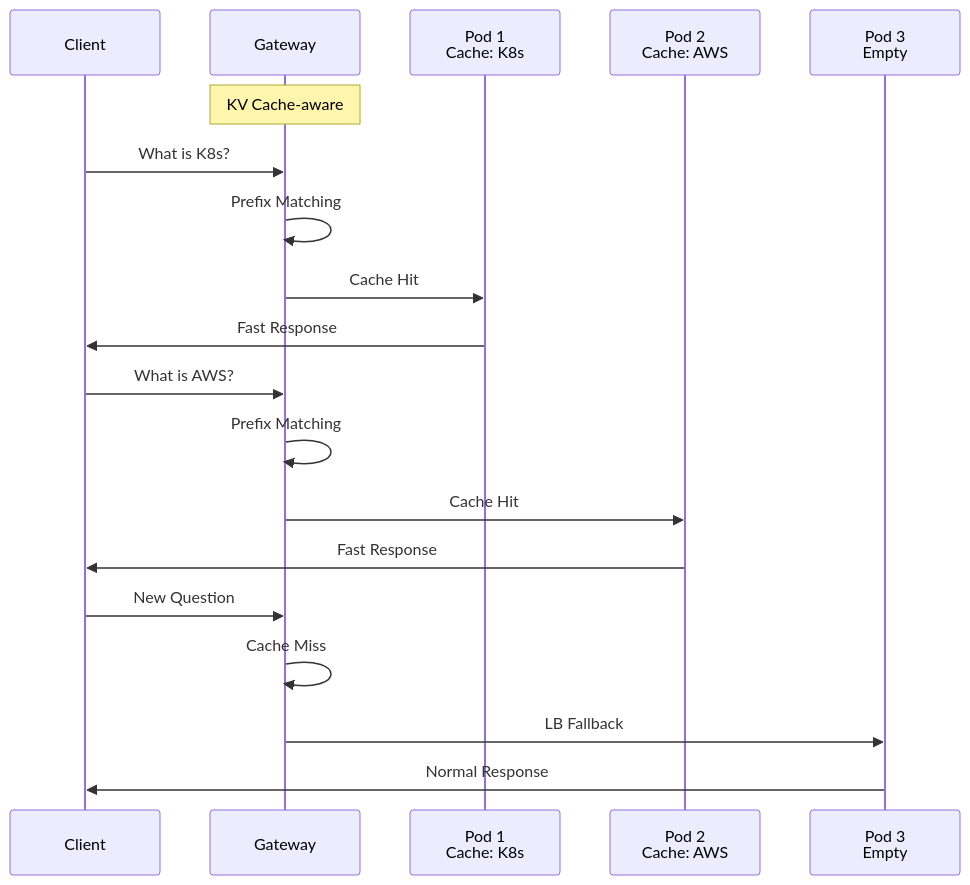
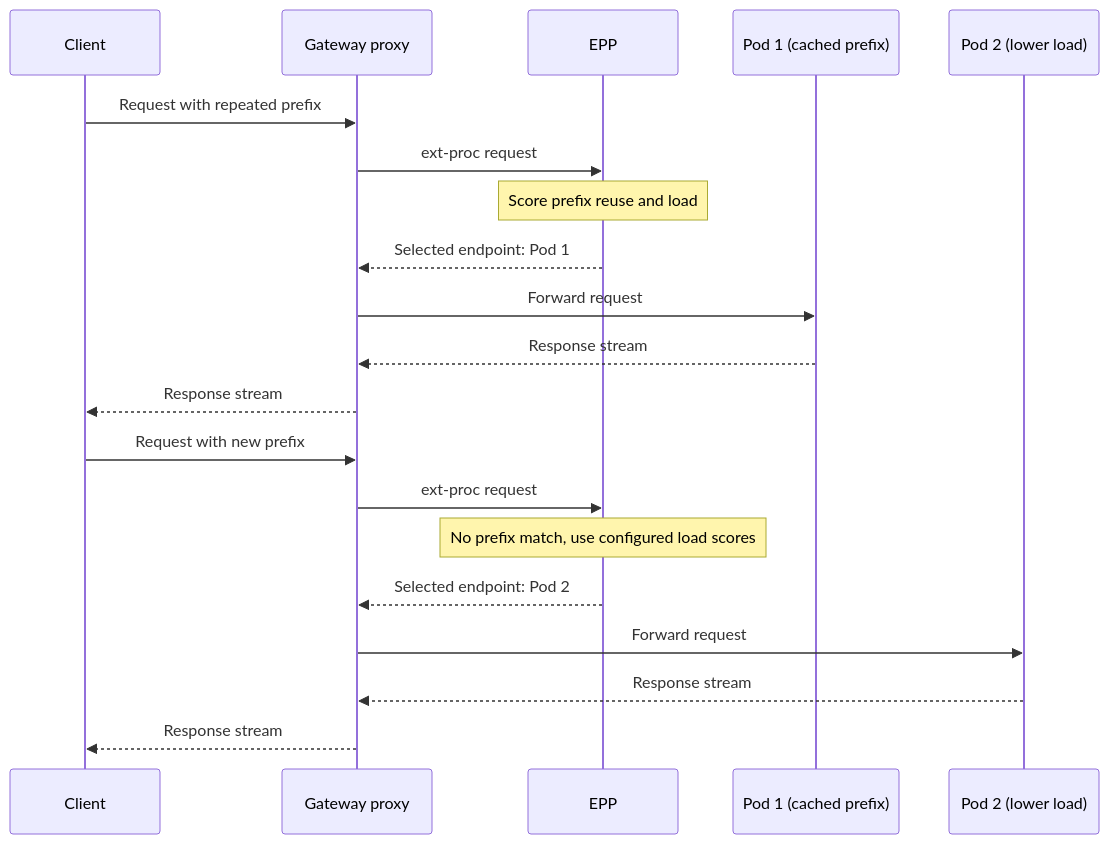
Before and after one commit to devfloor9/engineering-playbook: the second of 4 diagrams in i18n/en/docusaurus-plugin-content-docs/current/agentic-ai-platform/model-serving/inference-frameworks/llm-d-eks-automode.md, drawn with Mermaid. The commit also changed other lines of this file and 10 other files, not shown here.

````diff
--- a/i18n/en/docusaurus-plugin-content-docs/current/agentic-ai-platform/model-serving/inference-frameworks/llm-d-eks-automode.md
+++ b/i18n/en/docusaurus-plugin-content-docs/current/agentic-ai-platform/model-serving/inference-frameworks/llm-d-eks-automode.md
@@ -139,25 +161,22 @@
 ```mermaid
 sequenceDiagram
     participant C as Client
-    participant GW as Gateway
-    participant P1 as Pod 1<br/>Cache: K8s
-    participant P2 as Pod 2<br/>Cache: AWS
-    participant P3 as Pod 3<br/>Empty
-
-    Note over GW: KV Cache-aware
-
-    C->>GW: What is K8s?
-    GW->>GW: Prefix Matching
-    GW->>P1: Cache Hit
-    P1->>C: Fast Response
-
-    C->>GW: What is AWS?
-    GW->>GW: Prefix Matching
-    GW->>P2: Cache Hit
-    P2->>C: Fast Response
-
-    C->>GW: New Question
-    GW->>GW: Cache Miss
-    GW->>P3: LB Fallback
-    P3->>C: Normal Response
+    participant GW as Gateway proxy
+    participant E as EPP
+    participant P1 as Pod 1 (cached prefix)
+    participant P2 as Pod 2 (lower load)
+    C->>GW: Request with repeated prefix
+    GW->>E: ext-proc request
+    Note over E: Score prefix reuse and load
+    E-->>GW: Selected endpoint: Pod 1
+    GW->>P1: Forward request
+    P1-->>GW: Response stream
+    GW-->>C: Response stream
+    C->>GW: Request with new prefix
+    GW->>E: ext-proc request
+    Note over E: No prefix match, use configured load scores
+    E-->>GW: Selected endpoint: Pod 2
+    GW->>P2: Forward request
+    P2-->>GW: Response stream
+    GW-->>C: Response stream
 ```
````
